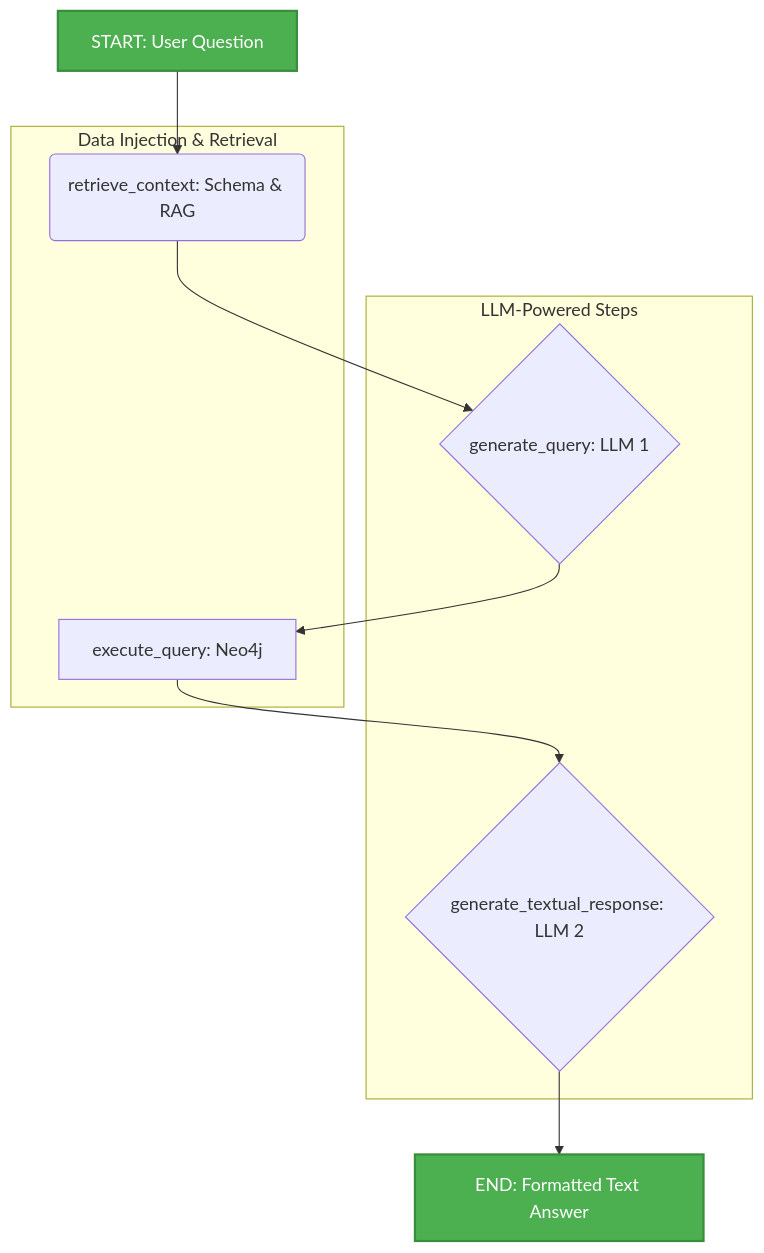
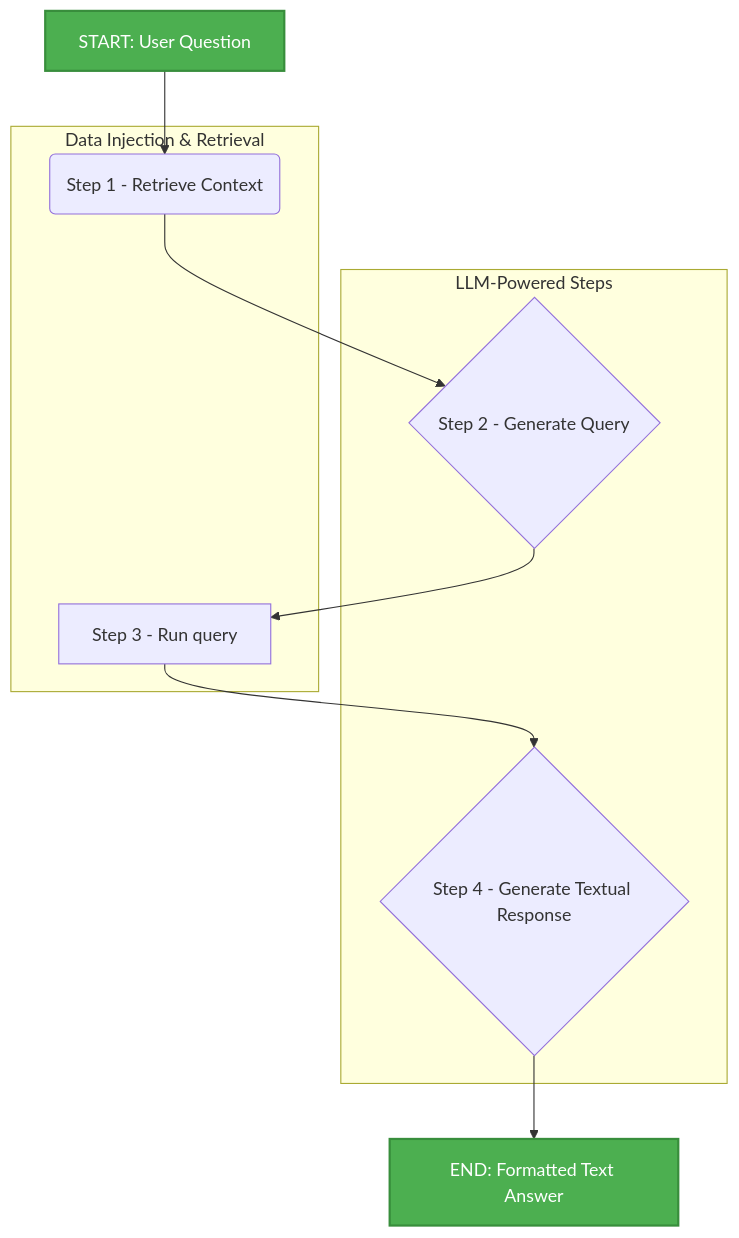
One commit to CarolinaAbdu-psr/input-helper changed the diagram in README.md. Above: the diagram before and after it, drawn with Mermaid. The commit also changed other lines of this file and 1 other file, not shown here.

````diff
--- a/README.md
+++ b/README.md
@@ -33,28 +34,28 @@
 ```mermaid
 graph TD
-    A[START: User Question] --> B(retrieve_context: Schema & RAG);
-    B --> C{generate_query: LLM 1};
-    C --> D[execute_query: Neo4j];
-    D --> E{generate_textual_response: LLM 2};
+    A[START: User Question] --> B(Step 1 - Retrieve Context);
+    B --> C{Step 2 - Generate Query};
+    C --> D[Step 3 - Run query];
+    D --> E{Step 4 - Generate Textual Response};
     E --> F[END: Formatted Text Answer];
 
     style A fill:#4CAF50, color:#FFF, stroke-width:2px, stroke:#388E3C
     style F fill:#4CAF50, color:#FFF, stroke-width:2px, stroke:#388E3C
     
     
     subgraph LLM-Powered Steps
         C
         E
     end
     
     subgraph Data Injection & Retrieval
         B
         D
     end
     
     %% Annotations for clarity
-    click B "1. Injects Schema and RAG Examples into the Prompt."
+    click B "### Retrive Context" "1. Injects Schema and RAG Examples into the Prompt."
     click C "2. Translates Question -> Cypher (Output is PURE Query)."
     click D "3. Executes the Cypher Query on Neo4j. Captures the raw result."
     click E "4. Formats Raw Result (Query Result) into a Friendly Textual Answer."
 ```
````
